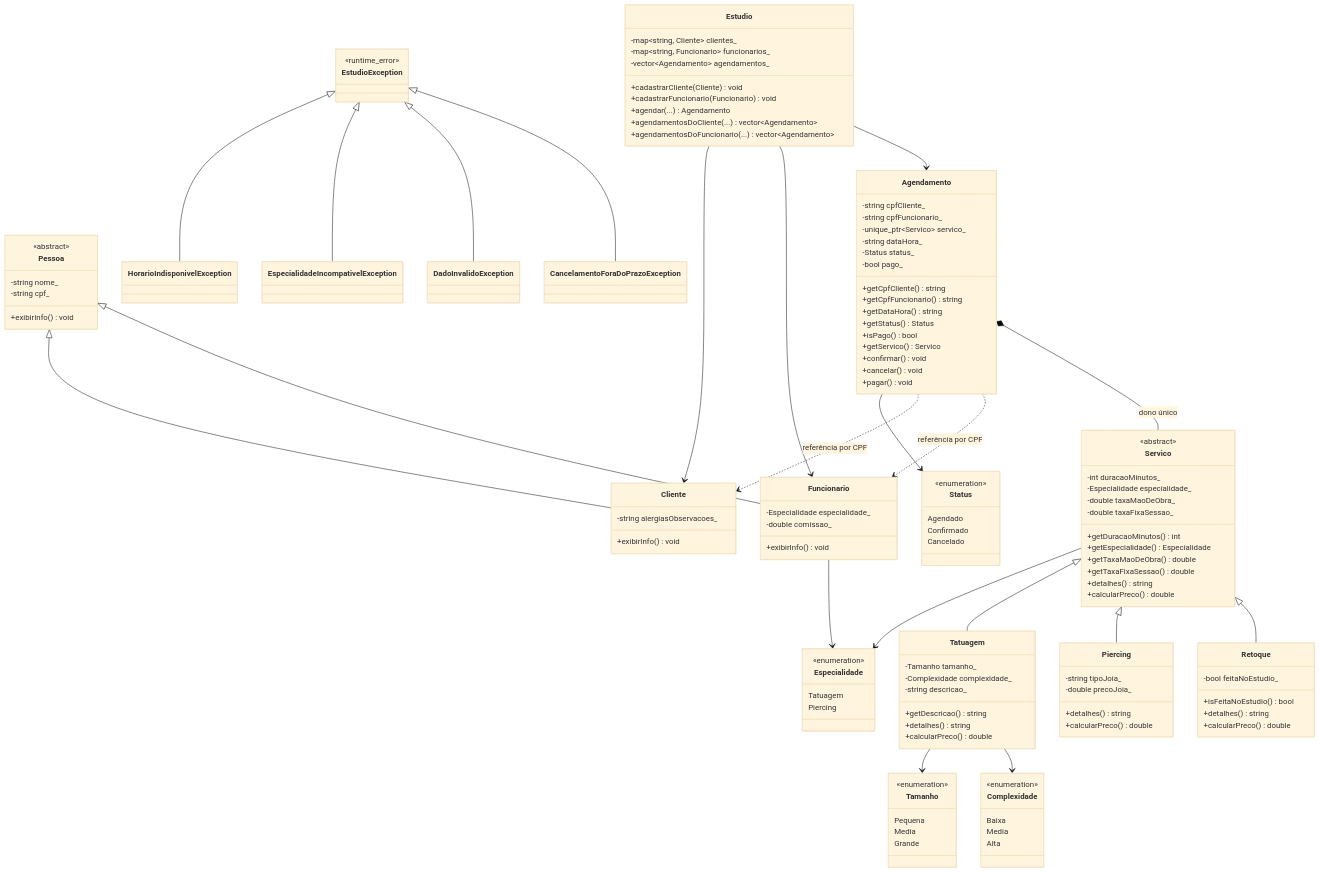
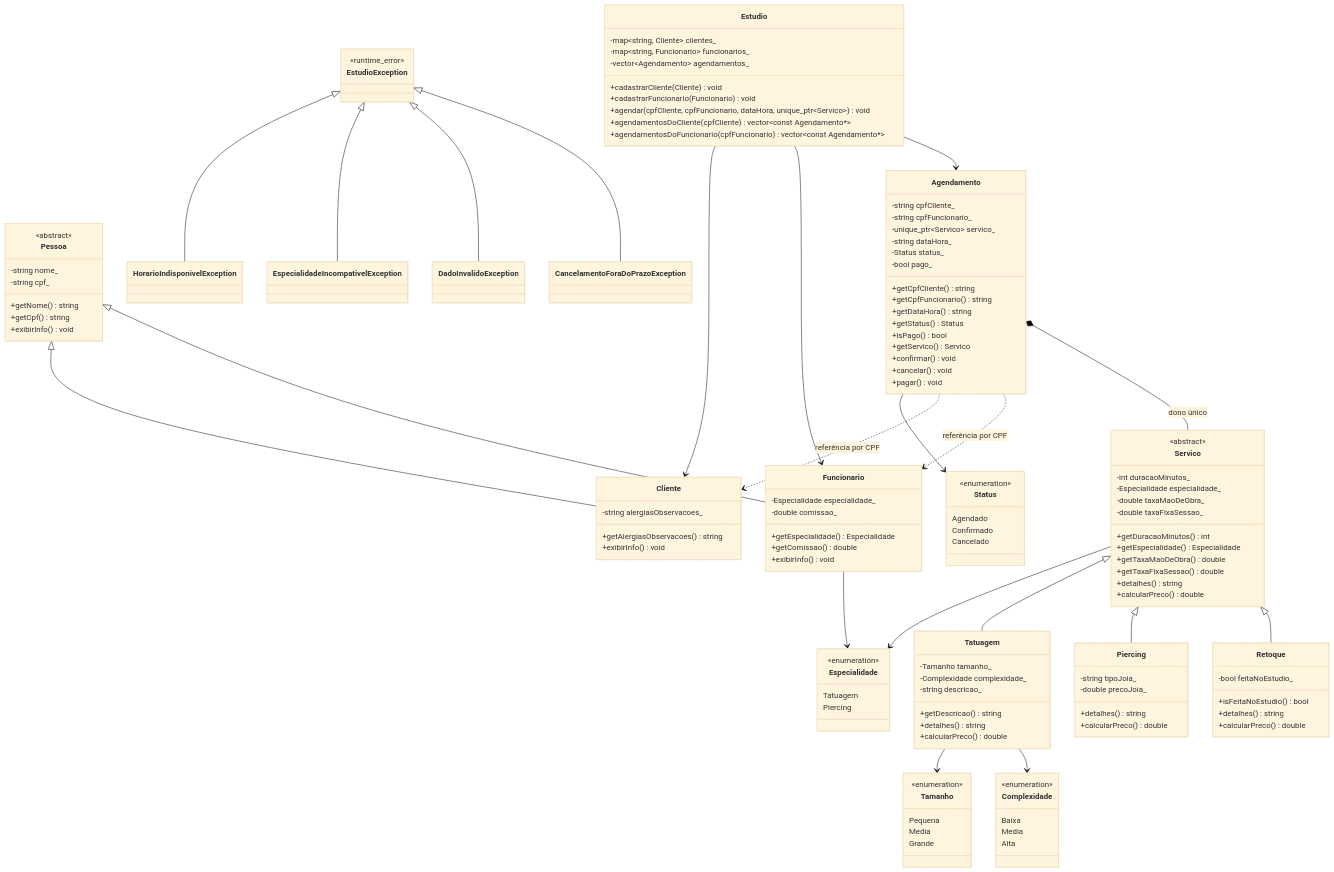
One commit to lfvperes/estudio-tatuagem changed the diagram in README.md. Above: the diagram before and after it, drawn with Mermaid (base theme). The commit also changed other lines of this file, not shown here.

```diff
--- a/README.md
+++ b/README.md
@@ -48,17 +52,22 @@
         <<abstract>>
         -string nome_
         -string cpf_
+        +getNome() string
+        +getCpf() string
         +exibirInfo() void
     }
 
     class Cliente {
         -string alergiasObservacoes_
+        +getAlergiasObservacoes() string
         +exibirInfo() void
     }
 
     class Funcionario {
         -Especialidade especialidade_
         -double comissao_
+        +getEspecialidade() Especialidade
+        +getComissao() double
         +exibirInfo() void
     }
 
@@ -164,9 +173,9 @@
         -vector~Agendamento~ agendamentos_
         +cadastrarCliente(Cliente) void
         +cadastrarFuncionario(Funcionario) void
-        +agendar(...) Agendamento
-        +agendamentosDoCliente(...) vector~Agendamento~
-        +agendamentosDoFuncionario(...) vector~Agendamento~
+        +agendar(cpfCliente, cpfFuncionario, dataHora, unique_ptr~Servico~) void
+        +agendamentosDoCliente(cpfCliente) vector~const Agendamento*~
+        +agendamentosDoFuncionario(cpfFuncionario) vector~const Agendamento*~
     }
 
     Agendamento ..> Cliente : referência por CPF
```
